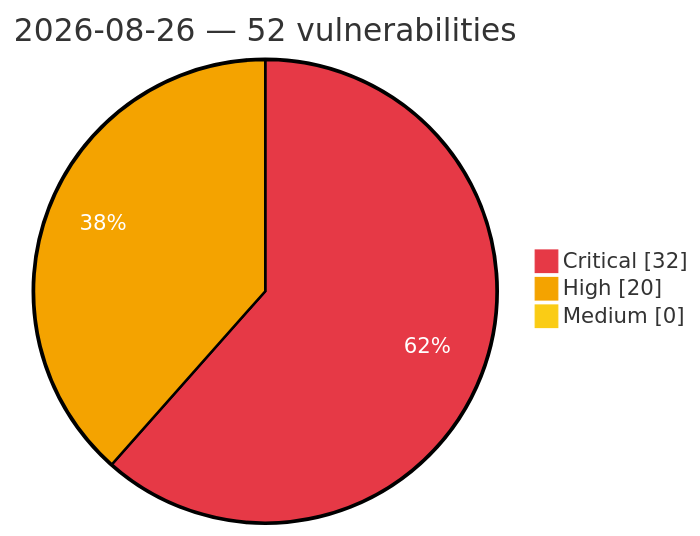
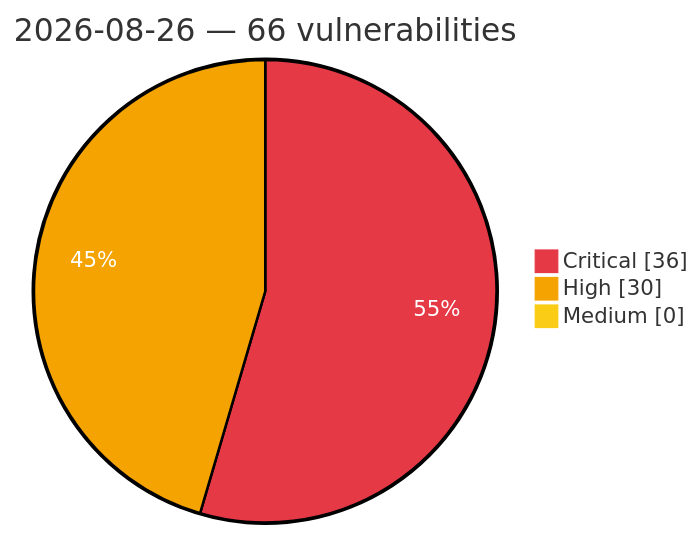
Before and after one commit to GhostX0X/vuln-tracker: the diagram in vulnerabilities/2026/August/2026-08-26.md, drawn with Mermaid. The commit also changed other lines of this file and 5 other files, not shown here.

Commit message:
Auto update: critical/high vulns (2026-08-26 16:53 UTC)

````diff
--- a/vulnerabilities/2026/August/2026-08-26.md
+++ b/vulnerabilities/2026/August/2026-08-26.md
@@ -3,8 +3,8 @@
 ```mermaid
 %%{init: {'theme':'base', 'themeVariables': {'pie1':'#e63946', 'pie2':'#f4a300', 'pie3':'#facc15', 'pieOpacity':'1', 'pieOuterStrokeWidth':'2px', 'pieSectionTextColor':'#ffffff'}}}%%
 pie showData
-    title 2026-08-26 — 52 vulnerabilities
-    "Critical" : 32
-    "High" : 20
+    title 2026-08-26 — 66 vulnerabilities
+    "Critical" : 36
+    "High" : 30
     "Medium" : 0
 ```
````
